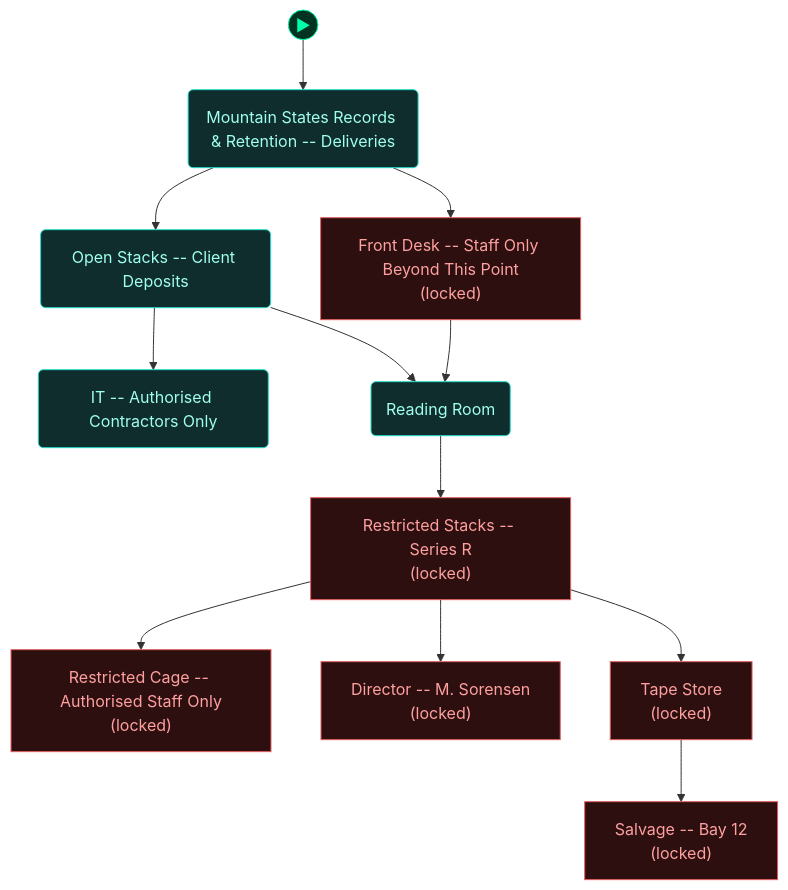
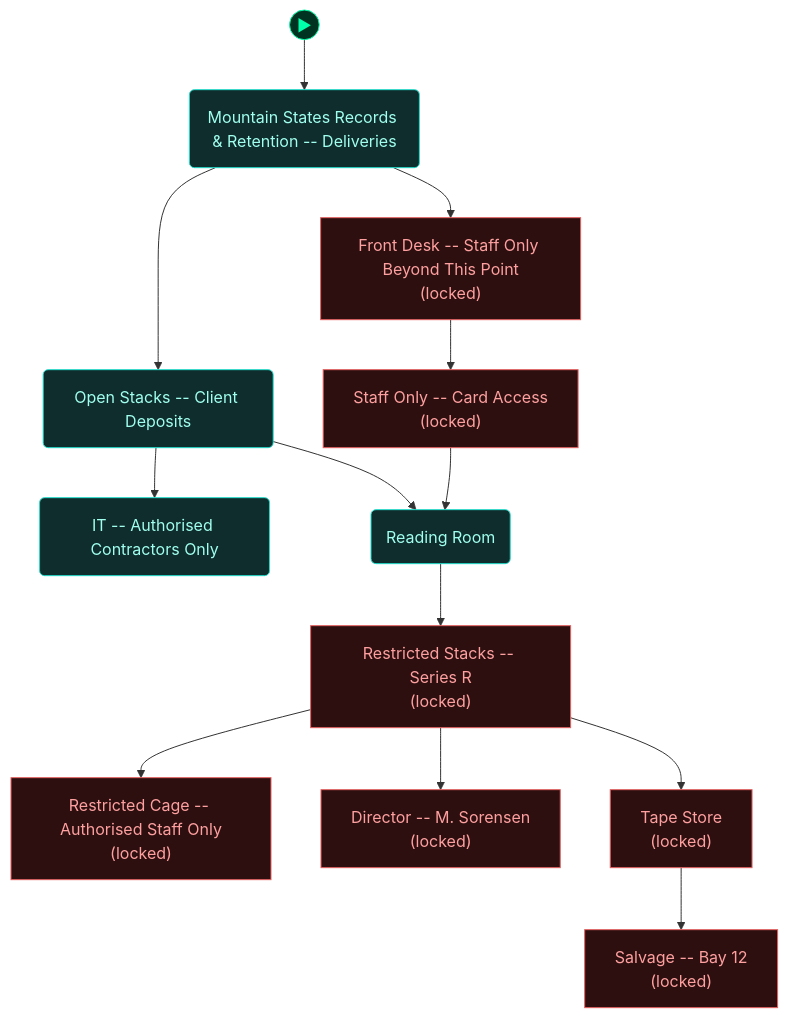
One commit to cliffe/BreakEscape changed the fourth of 5 diagrams in scenarios/m09_digital_archaeology/dungeon_graph.md. Above: the diagram before and after it, drawn with Mermaid. The commit also changed other lines of this file and 8 other files, not shown here.

Commit message:
Finale m09: staff passage room carries Noor's card lock

````diff
--- a/scenarios/m09_digital_archaeology/dungeon_graph.md
+++ b/scenarios/m09_digital_archaeology/dungeon_graph.md
@@ -425,47 +431,49 @@
 ```mermaid
 flowchart TD
 
   classDef room      fill:#0f2d2d,stroke:#22ddcc,color:#a0ffee
   classDef lock      fill:#2d0f0f,stroke:#e66060,color:#ffa0a0
   classDef key       fill:#2d0812,stroke:#e66060,color:#ffa0a0
   classDef item      fill:#2d1200,stroke:#e89030,color:#ffcc80
   classDef gate      fill:#111,stroke:#666,color:#eee
   classDef vm        fill:#0c1f40,stroke:#4a90d9,color:#a0c8ff
   classDef flag      fill:#1a0c2d,stroke:#9060d0,color:#cc99ff
   classDef action    fill:#1a1200,stroke:#cc9922,color:#ffee88
   classDef aim       fill:#0d2a0d,stroke:#44cc44,color:#88ff88
   classDef aim_gate  fill:#111111,stroke:#44cc44,color:#44cc44
   classDef container fill:#1a2d1a,stroke:#60b060,color:#a0e0a0
   classDef npc       fill:#2d1f0d,stroke:#d0a050,color:#ffe0a0
   classDef critical  fill:#2a1500,stroke:#ffaa00,color:#ffdd88
   classDef start     fill:#003322,stroke:#00ffaa,color:#00ffaa
 
   node_start(("▶"))
   node_start --> loading_dock
 
   loading_dock("Mountain States Records & Retention -- Deliveries")
   front_desk["Front Desk -- Staff Only Beyond This Point<br/>(locked)"]
   open_stacks("Open Stacks -- Client Deposits")
   server_closet("IT -- Authorised Contractors Only")
+  staff_passage["Staff Only -- Card Access<br/>(locked)"]
   reading_room("Reading Room")
   restricted_stacks["Restricted Stacks -- Series R<br/>(locked)"]
   restricted_cage["Restricted Cage -- Authorised Staff Only<br/>(locked)"]
   sorensen_office["Director -- M. Sorensen<br/>(locked)"]
   tape_room["Tape Store<br/>(locked)"]
   salvage_cage["Salvage -- Bay 12<br/>(locked)"]
 
   loading_dock --> open_stacks
   loading_dock --> front_desk
-  front_desk --> reading_room
+  front_desk --> staff_passage
   open_stacks --> reading_room
   open_stacks --> server_closet
+  staff_passage --> reading_room
   reading_room --> restricted_stacks
   restricted_stacks --> restricted_cage
   restricted_stacks --> sorensen_office
   restricted_stacks --> tape_room
   tape_room --> salvage_cage
 
   class loading_dock,open_stacks,server_closet,reading_room room
-  class front_desk,restricted_stacks,restricted_cage,sorensen_office,tape_room,salvage_cage lock
+  class front_desk,staff_passage,restricted_stacks,restricted_cage,sorensen_office,tape_room,salvage_cage lock
   class node_start start
 ```
````
